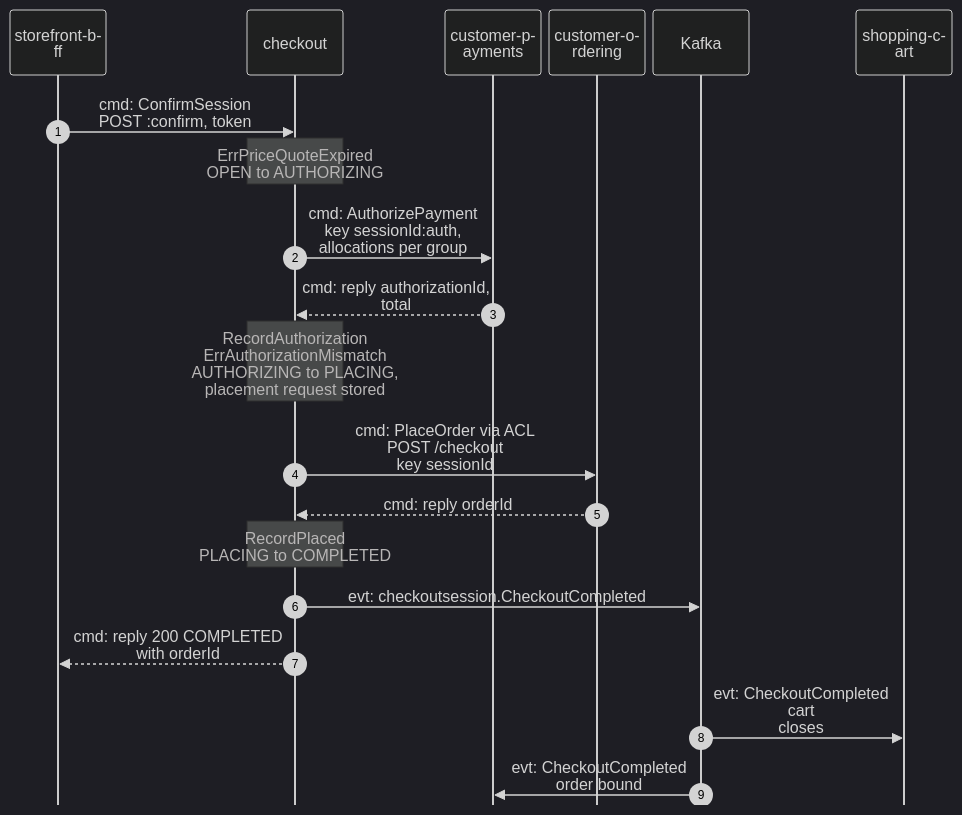
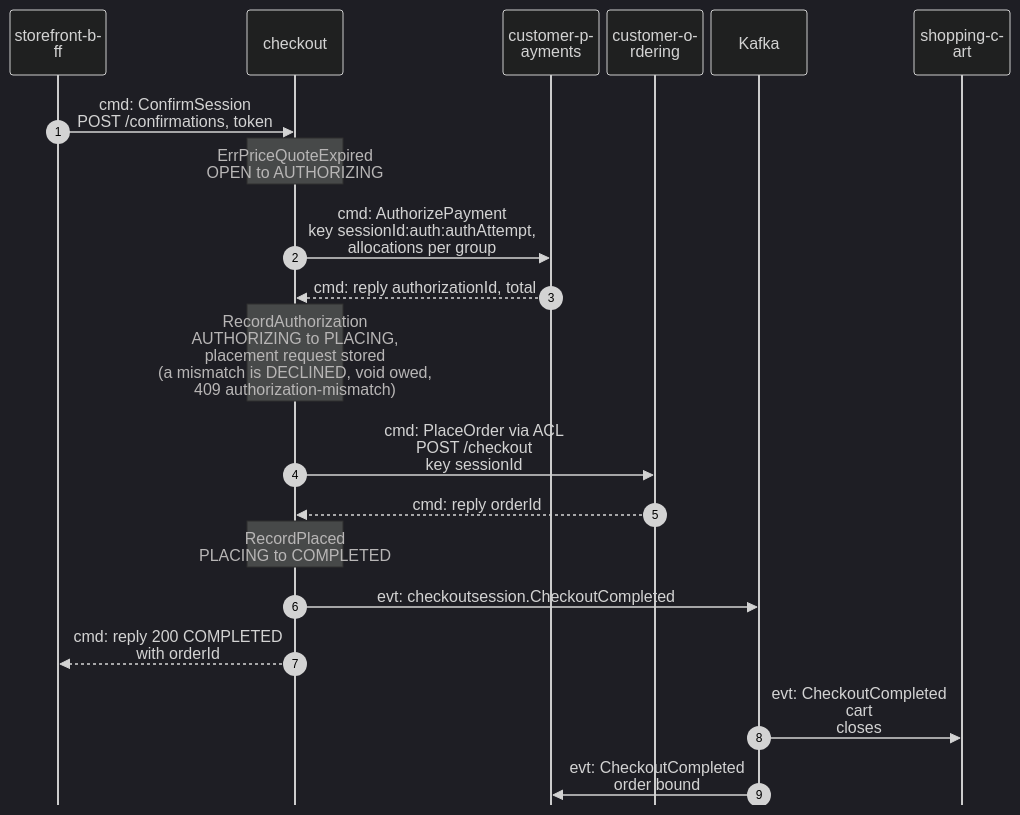
The second of 5 diagrams in storefront/docs/contexts/checkout/domain-message-flow.md (IQVO/warehouse-docs), drawn with Mermaid (dark theme) before and after one commit. The commit also changed other lines of this file and 8 other files, not shown here.

Commit message:
docs(storefront): checkout pack and model follow the repo (422 price-quote-expired, no confirm re-check, authAttempt 0, first-only in-doubt event, mismatch -> DECLINED + void-pending)

````diff
--- a/storefront/docs/contexts/checkout/domain-message-flow.md
+++ b/storefront/docs/contexts/checkout/domain-message-flow.md
@@ -66,23 +68,23 @@
 ```mermaid
 %%{init: {"sequence": {"wrap": true, "width": 96, "actorMargin": 8, "messageMargin": 28, "boxMargin": 6, "noteMargin": 6, "mirrorActors": false}}}%%
 sequenceDiagram
     autonumber
     participant BFF as storefront-bff
     participant CK as checkout
     participant CP as customer-payments
     participant CO as customer-ordering
     participant K as Kafka
     participant SC as shopping-cart
-    BFF->>CK: cmd: ConfirmSession<br/>POST :confirm, token
+    BFF->>CK: cmd: ConfirmSession<br/>POST /confirmations, token
     Note over CK: ErrPriceQuoteExpired<br/>OPEN to AUTHORIZING
-    CK->>CP: cmd: AuthorizePayment<br/>key sessionId:auth,<br/>allocations per group
+    CK->>CP: cmd: AuthorizePayment<br/>key sessionId:auth:authAttempt,<br/>allocations per group
     CP-->>CK: cmd: reply authorizationId, total
-    Note over CK: RecordAuthorization<br/>ErrAuthorizationMismatch<br/>AUTHORIZING to PLACING,<br/>placement request stored
+    Note over CK: RecordAuthorization<br/>AUTHORIZING to PLACING,<br/>placement request stored<br/>(a mismatch is DECLINED, void owed,<br/>409 authorization-mismatch)
     CK->>CO: cmd: PlaceOrder via ACL<br/>POST /checkout<br/>key sessionId
     CO-->>CK: cmd: reply orderId
     Note over CK: RecordPlaced<br/>PLACING to COMPLETED
     CK->>K: evt: checkoutsession.CheckoutCompleted
     CK-->>BFF: cmd: reply 200 COMPLETED<br/>with orderId
     K->>SC: evt: CheckoutCompleted<br/>cart closes
     K->>CP: evt: CheckoutCompleted<br/>order bound
 ```
````
